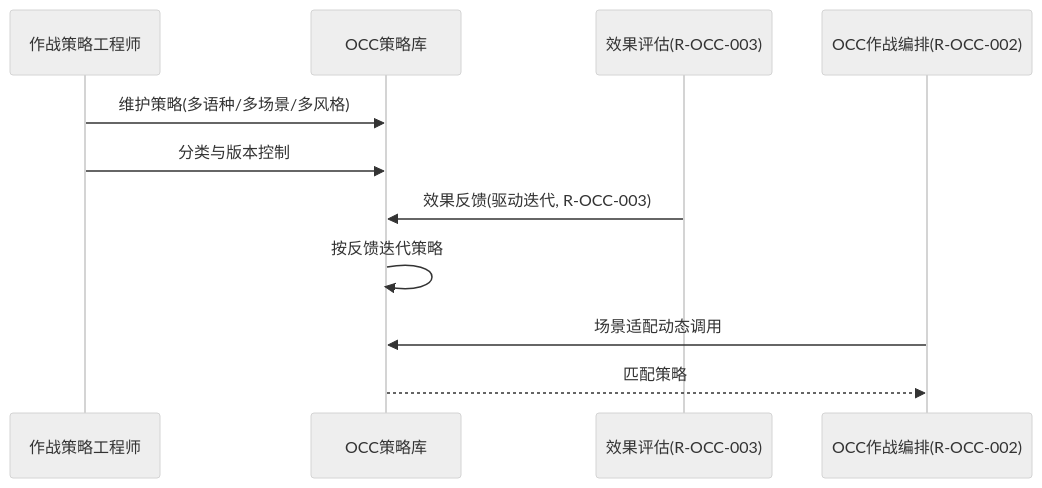
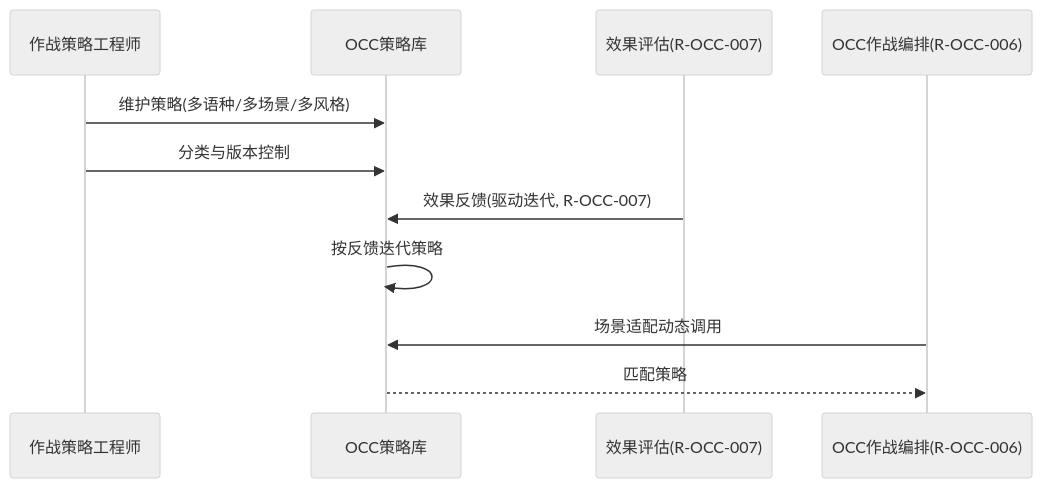
Before and after one commit to Sj-g/obsidian: diagram 48 of 50 in 公司项目/认知作战/文档/软件需求规格说明.md, drawn with Mermaid (neutral theme). The commit also changed other lines of this file and 3 other files, not shown here.

````diff
--- a/公司项目/认知作战/文档/软件需求规格说明.md
+++ b/公司项目/认知作战/文档/软件需求规格说明.md
@@ -3432,13 +3432,13 @@
 ```mermaid
 sequenceDiagram
   participant 工程师 as 作战策略工程师
   participant OCC as OCC策略库
-  participant 评估 as 效果评估(R-OCC-003)
-  participant 编排 as OCC作战编排(R-OCC-002)
+  participant 评估 as 效果评估(R-OCC-007)
+  participant 编排 as OCC作战编排(R-OCC-006)
   工程师->>OCC: 维护策略(多语种/多场景/多风格)
   工程师->>OCC: 分类与版本控制
-  评估->>OCC: 效果反馈(驱动迭代, R-OCC-003)
+  评估->>OCC: 效果反馈(驱动迭代, R-OCC-007)
   OCC->>OCC: 按反馈迭代策略
   编排->>OCC: 场景适配动态调用
   OCC-->>编排: 匹配策略
 ```
````
